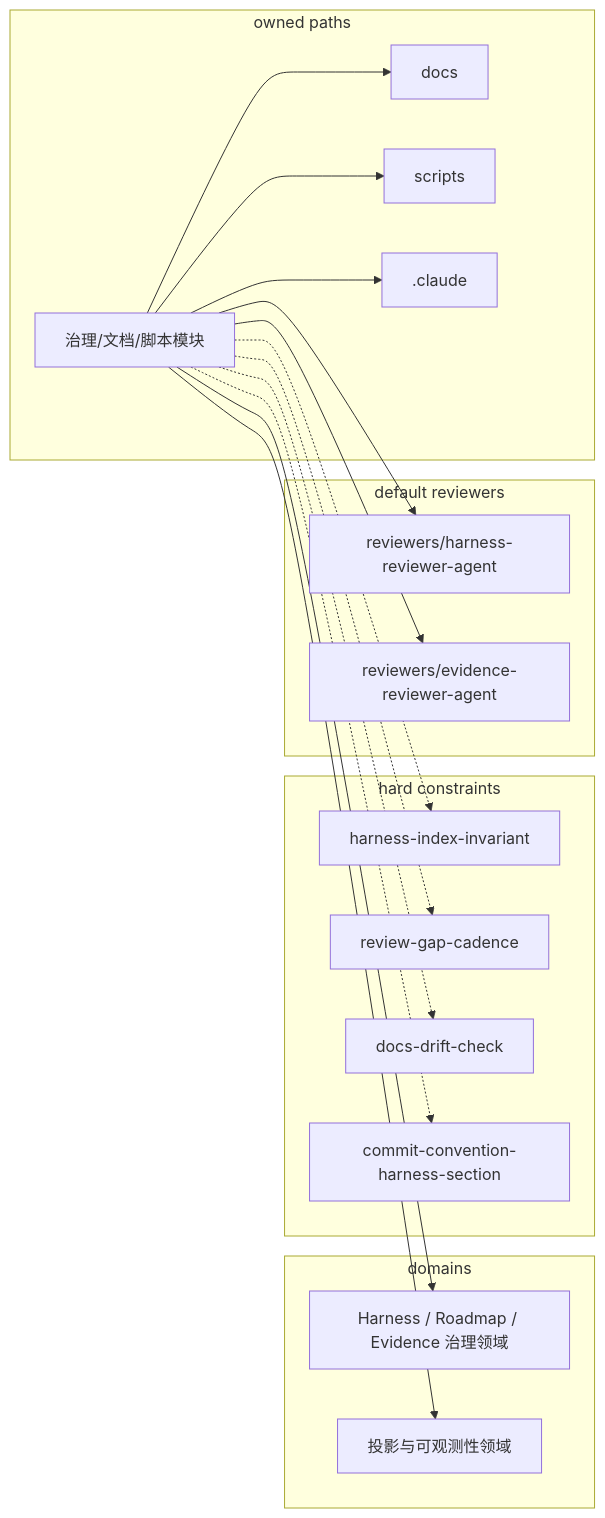
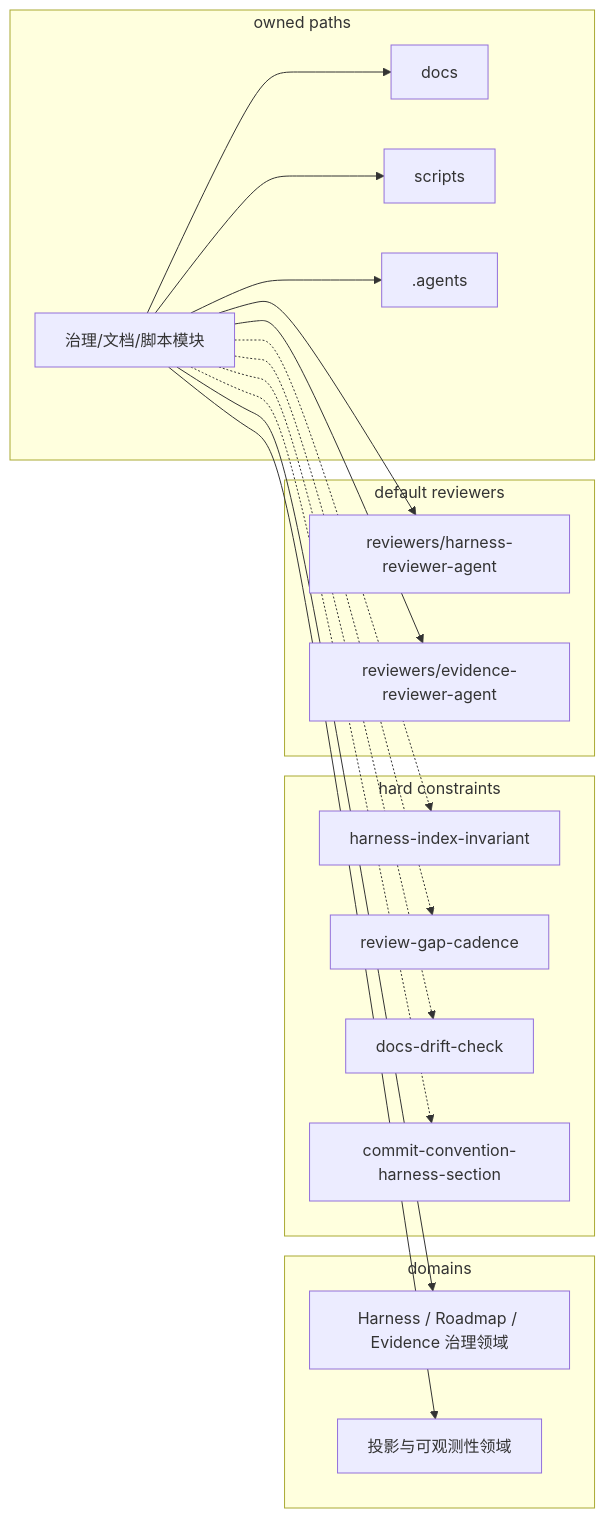
One commit to zxs1633079383/helix changed the diagram in .agents/diagrams/modules/governance.mmd. Above: the diagram before and after it, drawn with Mermaid. The commit also changed 156 other files, not shown here.

First line of the commit message:
chore(agents): 移除 Claude 配置与镜像约束

```diff
--- a/.agents/diagrams/modules/governance.mmd
+++ b/.agents/diagrams/modules/governance.mmd
@@ -1,32 +1,32 @@
 flowchart LR
   M["治理/文档/脚本模块"]
   subgraph Paths["owned paths"]
     P0["docs"]
     M --> P0
     P1["scripts"]
     M --> P1
-    P2[".claude"]
+    P2[".agents"]
     M --> P2
   end
   subgraph Domains["domains"]
     D0["Harness / Roadmap / Evidence 治理领域"]
     M --> D0
     D1["投影与可观测性领域"]
     M --> D1
   end
   subgraph Constraints["hard constraints"]
     C0["harness-index-invariant"]
     M -.-> C0
     C1["review-gap-cadence"]
     M -.-> C1
     C2["docs-drift-check"]
     M -.-> C2
     C3["commit-convention-harness-section"]
     M -.-> C3
   end
   subgraph Review["default reviewers"]
     R0["reviewers/harness-reviewer-agent"]
     M --> R0
     R1["reviewers/evidence-reviewer-agent"]
     M --> R1
   end
```
